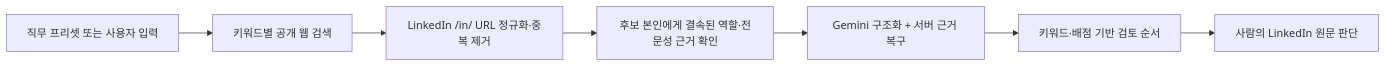
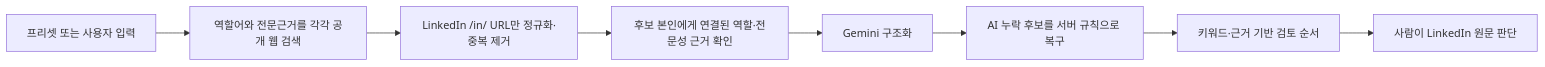
One commit to lucasung-debug/direct-xray-searching changed the diagram in README.md. Above: the diagram before and after it, drawn with Mermaid. The commit also changed other lines of this file and 4 other files, not shown here.

````diff
--- a/README.md
+++ b/README.md
@@ -23,9 +135,10 @@
 ```mermaid
 flowchart LR
-    A[직무 프리셋 또는 사용자 입력] --> B[키워드별 공개 웹 검색]
-    B --> C[LinkedIn /in/ URL 정규화·중복 제거]
-    C --> D[후보 본인에게 결속된 역할·전문성 근거 확인]
-    D --> E[Gemini 구조화 + 서버 근거 복구]
-    E --> F[키워드·배점 기반 검토 순서]
-    F --> G[사람의 LinkedIn 원문 판단]
+    A[프리셋 또는 사용자 입력] --> B[역할어와 전문근거를 각각 공개 웹 검색]
+    B --> C[LinkedIn /in/ URL만 정규화·중복 제거]
+    C --> D[후보 본인에게 연결된 역할·전문성 근거 확인]
+    D --> E[Gemini 구조화]
+    E --> F[AI 누락 후보를 서버 규칙으로 복구]
+    F --> G[키워드·근거 기반 검토 순서]
+    G --> H[사람이 LinkedIn 원문 판단]
 ```
````
